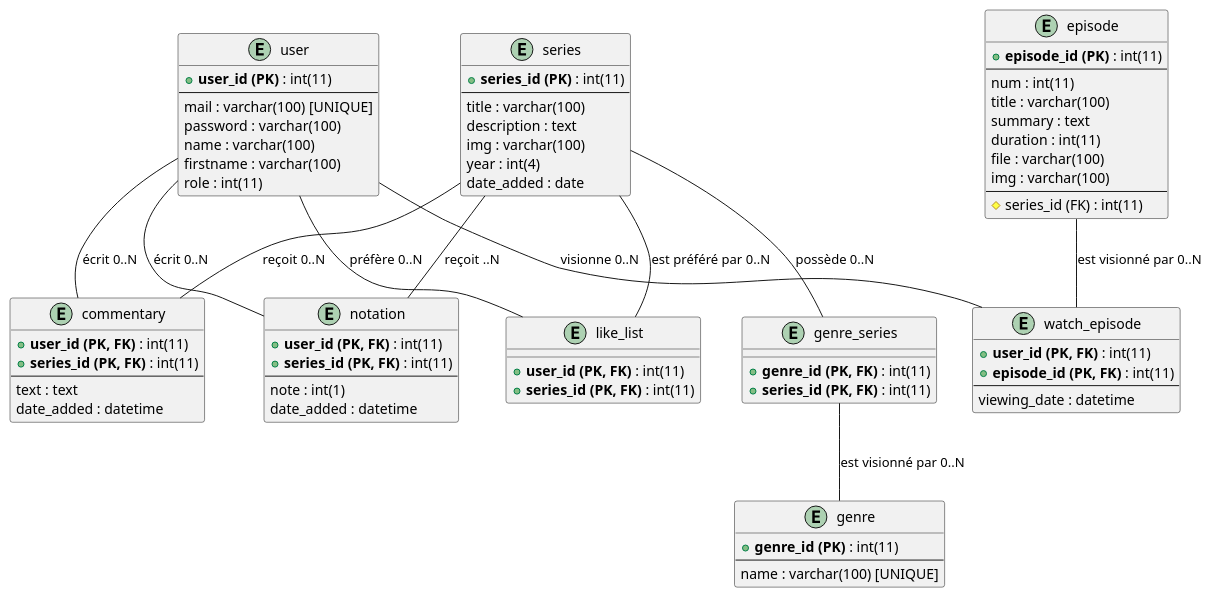
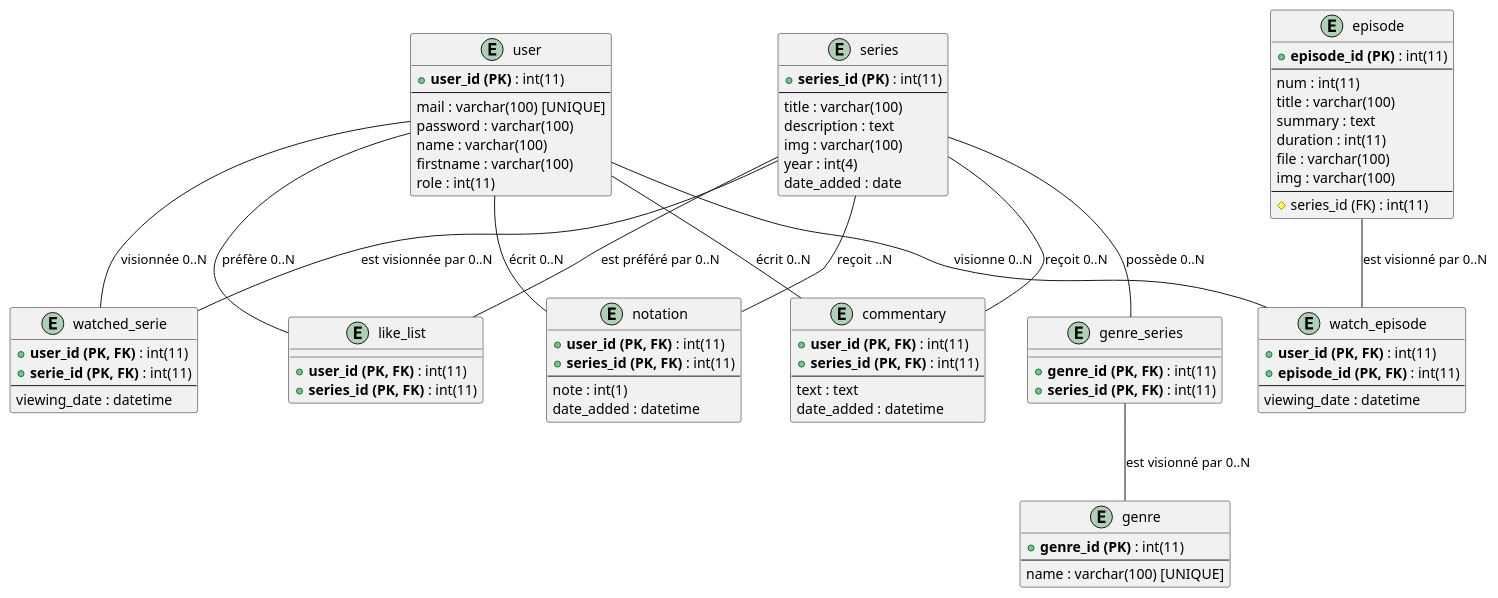
One commit to Adri1-13/OnlyFilms changed the diagram in sql/UMLbd.puml. Above: the diagram before and after it, drawn with PlantUML.

Commit message:
Modification du PUML

```diff
--- a/sql/UMLbd.puml
+++ b/sql/UMLbd.puml
@@ -1,95 +1,105 @@
 @startuml
 
 ' Définition des tables
 
 entity "user" as User {
     + **user_id (PK)** : int(11)
     --
     mail : varchar(100) [UNIQUE]
     password : varchar(100)
     name : varchar(100)
     firstname : varchar(100)
     role : int(11)
 }
 
 entity "series" as Series {
     + **series_id (PK)** : int(11)
     --
     title : varchar(100)
     description : text
     img : varchar(100)
     year : int(4)
     date_added : date
 }
 
 entity "episode" as Episode {
     + **episode_id (PK)** : int(11)
     --
     num : int(11)
     title : varchar(100)
     summary : text
     duration : int(11)
     file : varchar(100)
     img : varchar(100)
     --
     # series_id (FK) : int(11)
 }
 
 entity "genre" as Genre {
     + **genre_id (PK)** : int(11)
     --
     name : varchar(100) [UNIQUE]
 }
 
 ' Tables d'association
 
 entity "commentary" as Commentary {
     + **user_id (PK, FK)** : int(11)
     + **series_id (PK, FK)** : int(11)
     --
     text : text
     date_added : datetime
 }
 
 entity "notation" as Notation {
     + **user_id (PK, FK)** : int(11)
     + **series_id (PK, FK)** : int(11)
     --
     note : int(1)
     date_added : datetime
 }
 
 entity "like_list" as LikeList {
     + **user_id (PK, FK)** : int(11)
     + **series_id (PK, FK)** : int(11)
 }
 
 entity "watch_episode" as WatchEpisode {
     + **user_id (PK, FK)** : int(11)
     + **episode_id (PK, FK)** : int(11)
     --
     viewing_date : datetime
 }
 
+entity "watched_serie" as WatchedSerie {
+    + **user_id (PK, FK)** : int(11)
+    + **serie_id (PK, FK)** : int(11)
+    --
+    viewing_date : datetime
+}
+
 entity "genre_series" as GenreSeries {
     + **genre_id (PK, FK)** : int(11)
     + **series_id (PK, FK)** : int(11)
 }
 
 ' Tables de liaison
 User -- Commentary : "écrit 0..N"
 Series -- Commentary : "reçoit 0..N"
 
 User -- Notation : "écrit 0..N"
 Series -- Notation : "reçoit ..N"
 
 User -- LikeList : "préfère 0..N"
 Series -- LikeList : "est préféré par 0..N"
 
 User -- WatchEpisode : "visionne 0..N"
 Episode -- WatchEpisode : "est visionné par 0..N"
 
+User -- WatchedSerie : "visionnée 0..N"
+Series -- WatchedSerie : "est visionnée par 0..N"
+
 Series -- GenreSeries : "possède 0..N"
 GenreSeries -- Genre : "est visionné par 0..N"
 
 @enduml
```
